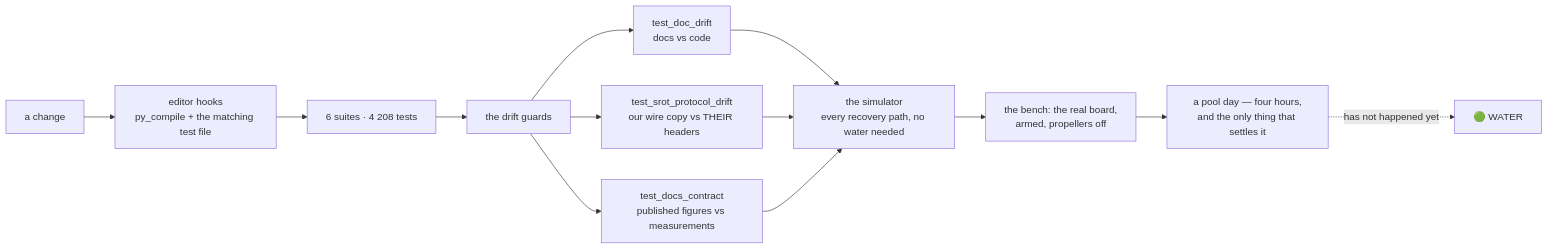
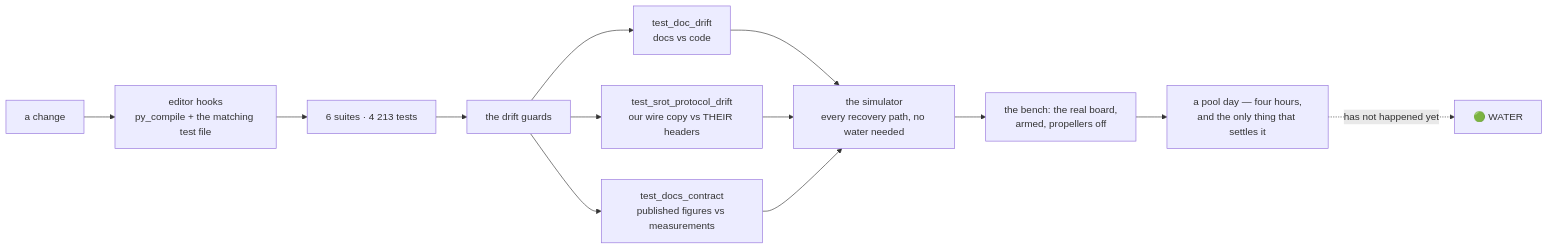
Before and after one commit to fh1m/mongla_ws: the ninth of 10 diagrams in README.md, drawn with Mermaid. The commit also changed other lines of this file and 4 other files, not shown here.

````diff
--- a/README.md
+++ b/README.md
@@ -752,15 +752,15 @@
 ```mermaid
 flowchart LR
     DEV["a change"] --> HOOK["editor hooks<br/>py_compile + the matching test file"]
-    HOOK --> UNIT["6 suites · 4 208 tests"]
+    HOOK --> UNIT["6 suites · 4 213 tests"]
     UNIT --> GUARD["the drift guards"]
     GUARD --> G1["test_doc_drift<br/>docs vs code"]
     GUARD --> G2["test_srot_protocol_drift<br/>our wire copy vs THEIR headers"]
     GUARD --> G3["test_docs_contract<br/>published figures vs measurements"]
     G1 --> SIM["the simulator<br/>every recovery path, no water needed"]
     G2 --> SIM
     G3 --> SIM
     SIM --> BENCH["the bench: the real board,<br/>armed, propellers off"]
     BENCH --> POOL["a pool day — four hours,<br/>and the only thing that settles it"]
     POOL -.->|"has not happened yet"| WATER["🟢 WATER"]
 ```
````
